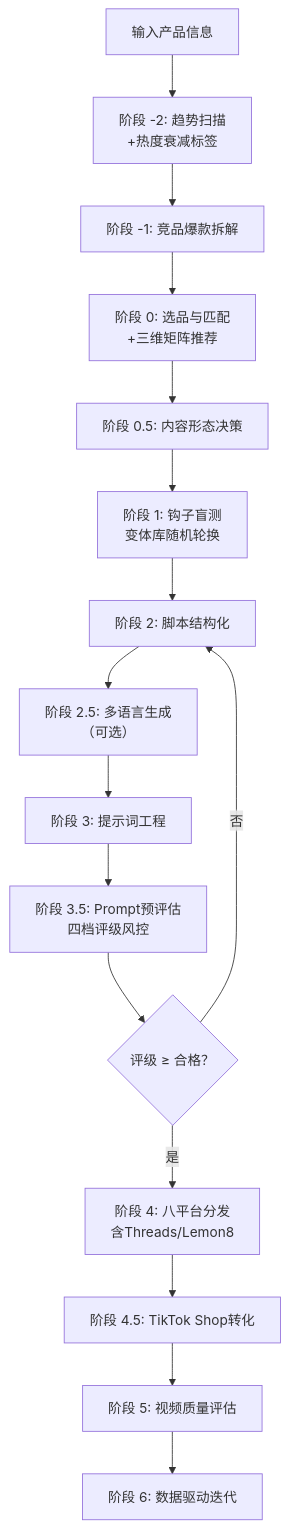
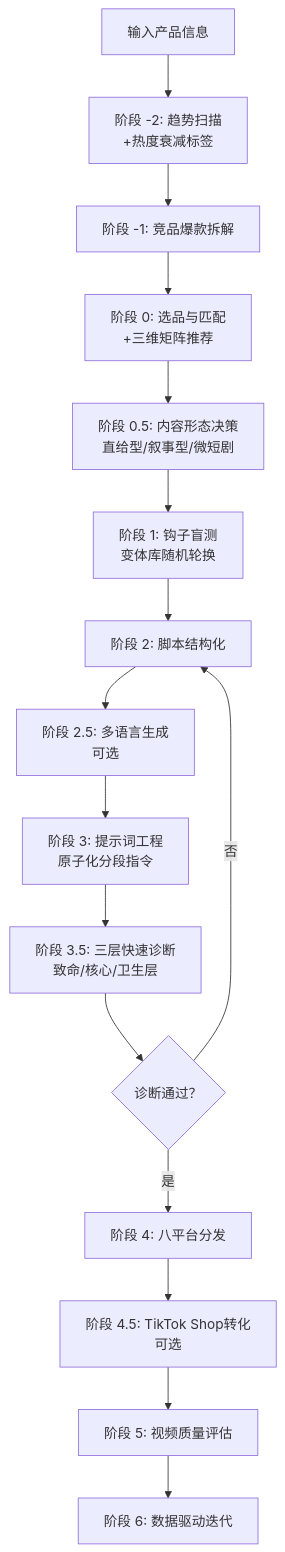
One commit to qq547820639/tiktok-ad-video-skill changed the diagram in README.md. Above: the diagram before and after it, drawn with Mermaid. The commit also changed other lines of this file, not shown here.

````diff
--- a/README.md
+++ b/README.md
@@ -186,18 +177,18 @@
 ```mermaid
 graph TD
     A[输入产品信息] --> B[阶段 -2: 趋势扫描<br/>+热度衰减标签]
     B --> C[阶段 -1: 竞品爆款拆解]
     C --> D[阶段 0: 选品与匹配<br/>+三维矩阵推荐]
-    D --> E[阶段 0.5: 内容形态决策]
+    D --> E[阶段 0.5: 内容形态决策<br/>直给型/叙事型/微短剧]
     E --> F[阶段 1: 钩子盲测<br/>变体库随机轮换]
     F --> G[阶段 2: 脚本结构化]
-    G --> H[阶段 2.5: 多语言生成<br/>（可选）]
-    H --> I[阶段 3: 提示词工程]
-    I --> J[阶段 3.5: Prompt预评估<br/>四档评级风控]
-    J --> K{评级 ≥ 合格？}
-    K -->|是| L[阶段 4: 八平台分发<br/>含Threads/Lemon8]
+    G --> H[阶段 2.5: 多语言生成<br/>可选]
+    H --> I[阶段 3: 提示词工程<br/>原子化分段指令]
+    I --> J[阶段 3.5: 三层快速诊断<br/>致命/核心/卫生层]
+    J --> K{诊断通过？}
+    K -->|是| L[阶段 4: 八平台分发]
     K -->|否| G
-    L --> M[阶段 4.5: TikTok Shop转化]
+    L --> M[阶段 4.5: TikTok Shop转化<br/>可选]
     M --> N[阶段 5: 视频质量评估]
     N --> O[阶段 6: 数据驱动迭代]
 ```
````
